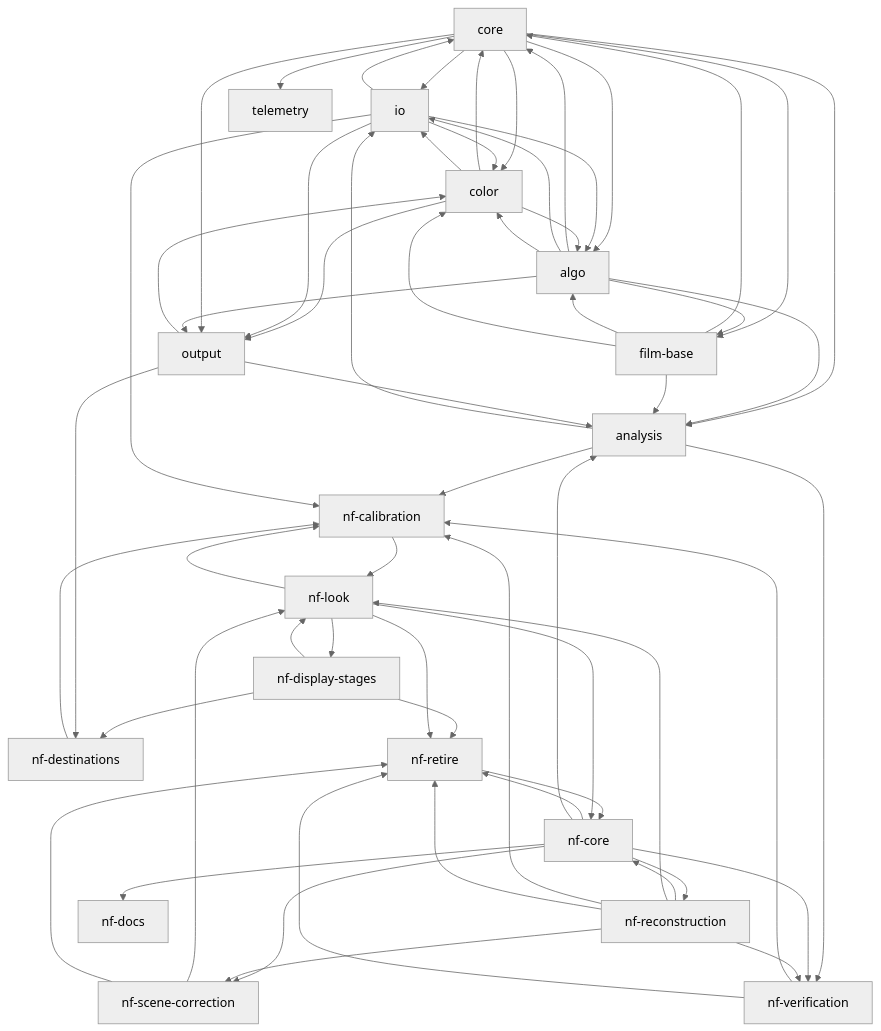
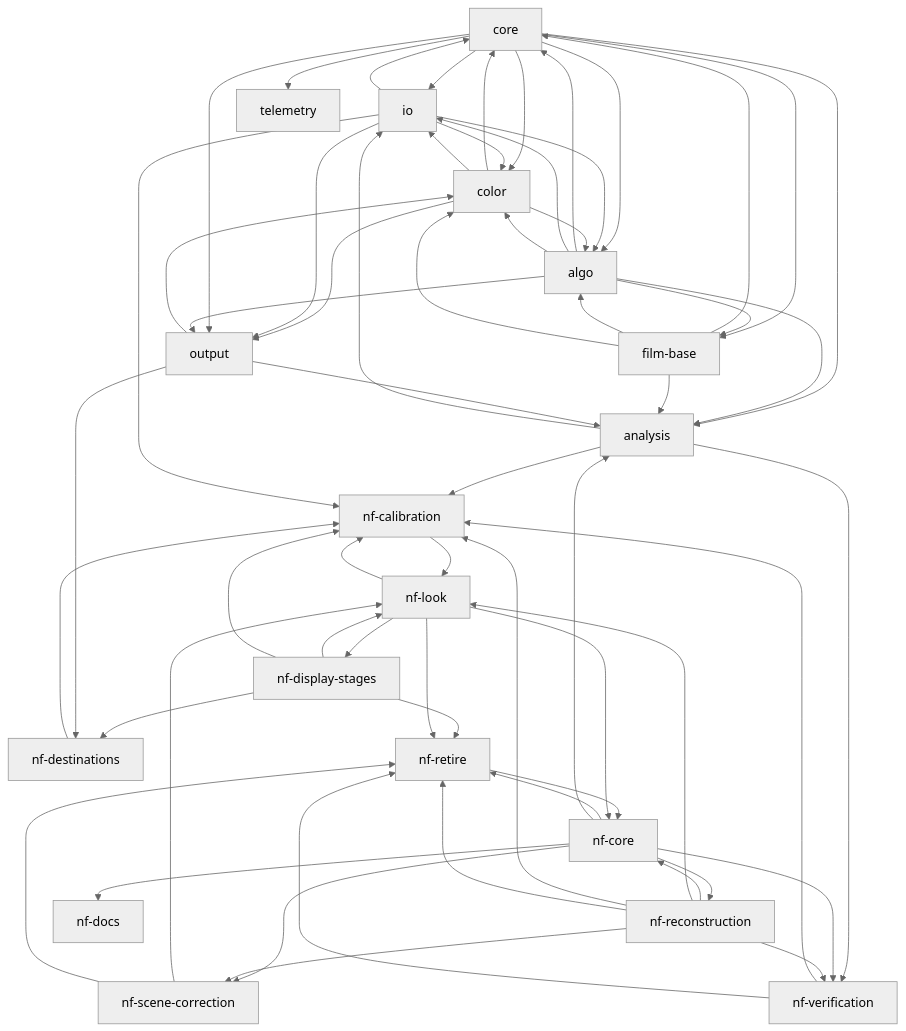
The first of 2 diagrams in docs/TASKS.md (lix42/hanten), drawn with Mermaid (neutral theme) before and after one commit. The commit also changed other lines of this file and 19 other files, not shown here.

````diff
--- a/docs/TASKS.md
+++ b/docs/TASKS.md
@@ -98,79 +98,80 @@
 ```mermaid
 graph TD
   core
   io
   film-base
   algo
   color
   output
   telemetry
   analysis
   nf-core
   nf-reconstruction
   nf-scene-correction
   nf-look
   nf-display-stages
   nf-destinations
   nf-calibration
   nf-verification
   nf-retire
   nf-docs
   core --> io
   core --> color
   core --> film-base
   core --> algo
   io --> core
   color --> core
   film-base --> core
   algo --> core
   analysis --> io
   core --> analysis
   core --> telemetry
   algo --> analysis
   film-base --> analysis
   algo --> film-base
   io --> color
   io --> algo
   film-base --> algo
   color --> algo
   algo --> io
   algo --> color
   film-base --> color
   color --> output
   color --> io
   output --> color
   io --> output
   core --> output
   algo --> output
   output --> analysis
   nf-reconstruction --> nf-core
   nf-retire --> nf-core
   nf-core --> nf-reconstruction
   nf-core --> nf-scene-correction
   nf-reconstruction --> nf-scene-correction
   nf-scene-correction --> nf-look
   nf-reconstruction --> nf-look
   nf-look --> nf-display-stages
   nf-display-stages --> nf-look
   nf-display-stages --> nf-destinations
   output --> nf-destinations
   nf-destinations --> nf-calibration
+  nf-display-stages --> nf-calibration
   nf-verification --> nf-calibration
   analysis --> nf-calibration
   io --> nf-calibration
   nf-look --> nf-calibration
   nf-reconstruction --> nf-calibration
   nf-calibration --> nf-look
   analysis --> nf-verification
   nf-core --> nf-verification
   nf-reconstruction --> nf-verification
   nf-core --> nf-retire
   nf-verification --> nf-retire
   nf-display-stages --> nf-retire
   nf-reconstruction --> nf-retire
   nf-look --> nf-retire
   nf-look --> nf-core
   nf-scene-correction --> nf-retire
   nf-core --> nf-docs
   nf-core --> analysis
 ```
````
